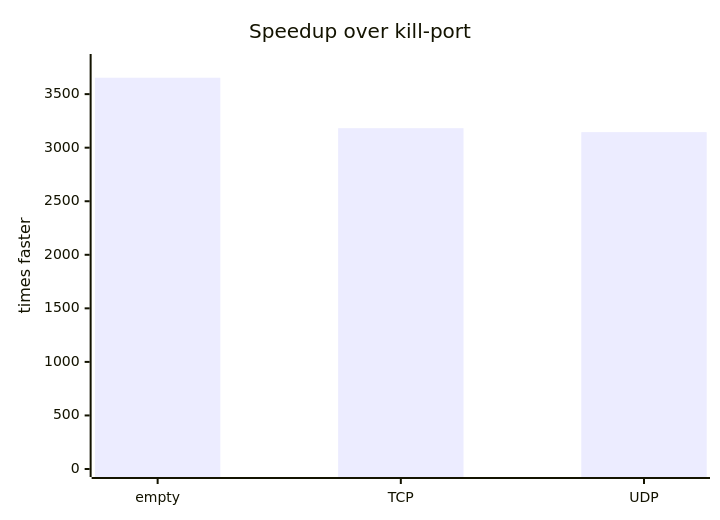
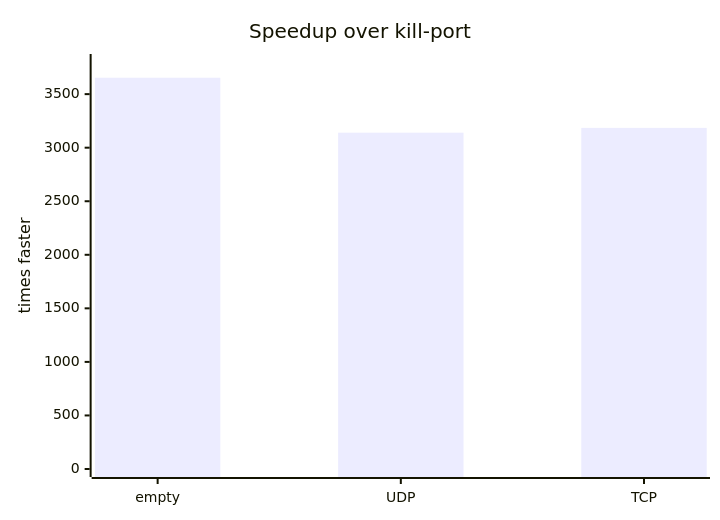
Before and after one commit to ocodista/kill-port-now: the first of 2 diagrams in README.md, drawn with Mermaid. The commit also changed other lines of this file and 5 other files, not shown here.

````diff
--- a/README.md
+++ b/README.md
@@ -54,7 +54,7 @@
 ```mermaid
 xychart-beta
   title "Speedup over kill-port"
-  x-axis ["empty", "TCP", "UDP"]
+  x-axis ["empty", "UDP", "TCP"]
   y-axis "times faster" 0 --> 3800
-  bar [3653, 3182, 3145]
+  bar [3653, 3140, 3185]
 ```
````
